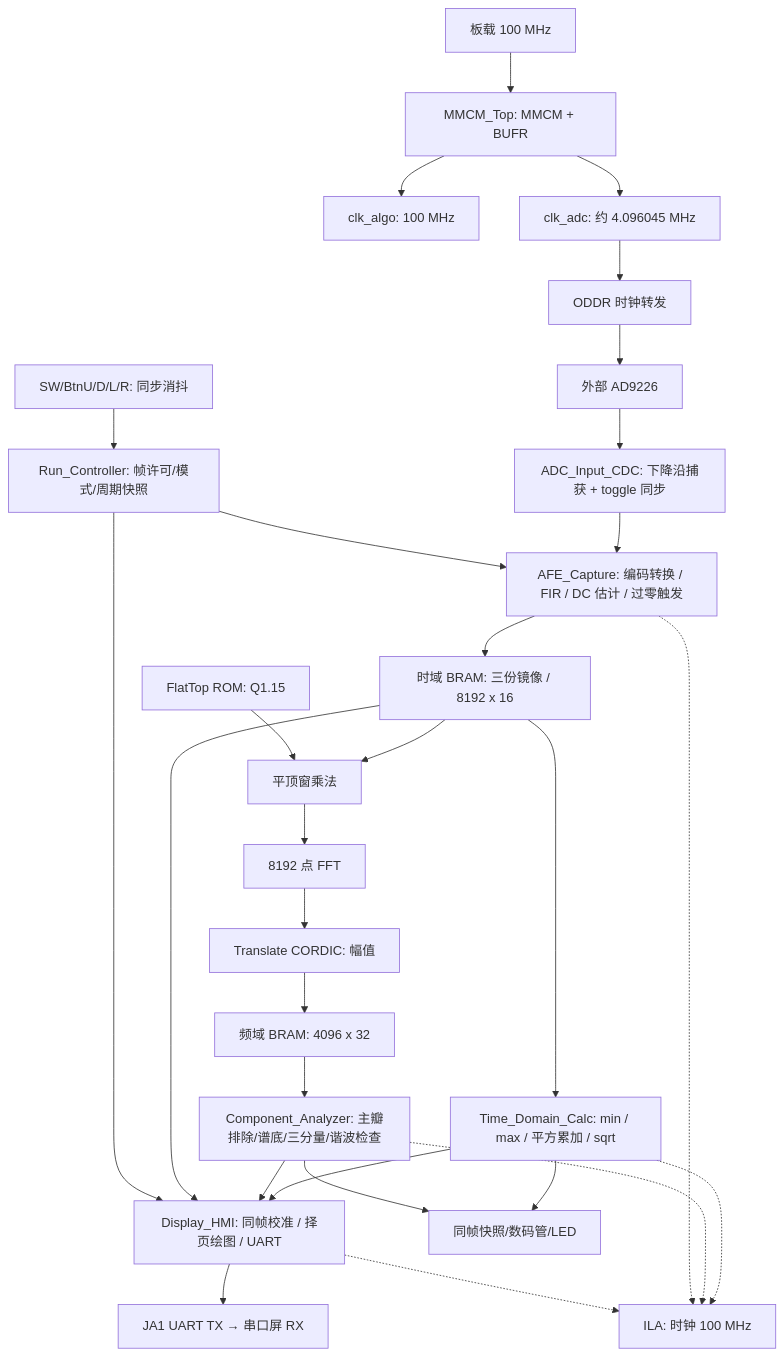
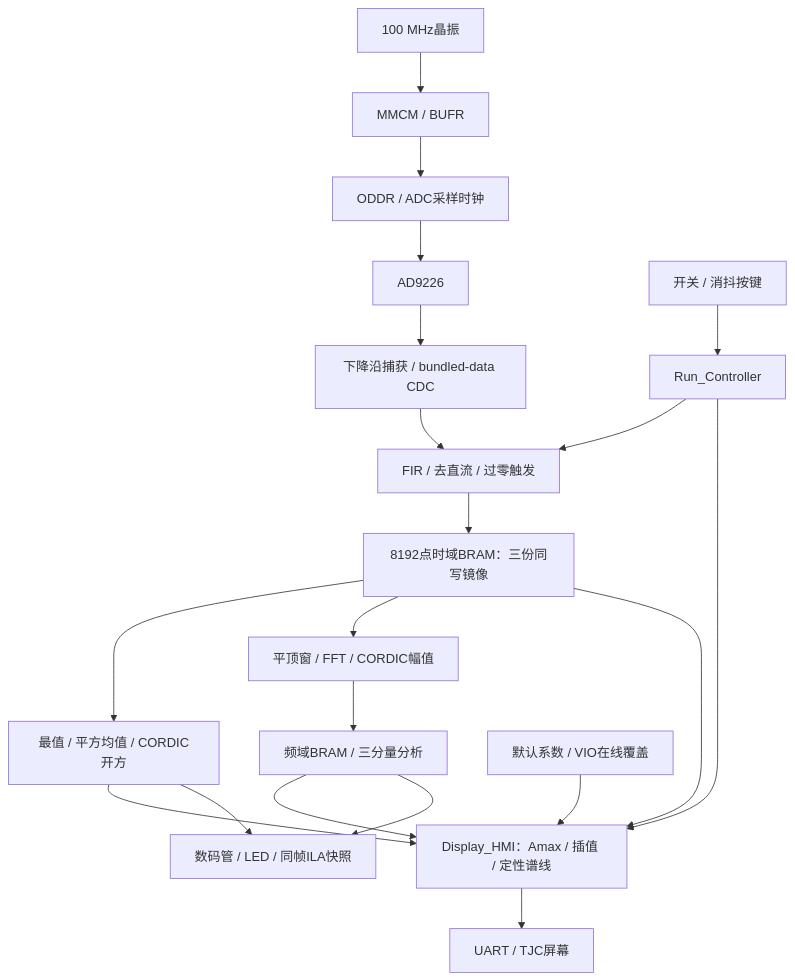
One commit to lyk82468246/NUEDC-2026-G-Artix7-Basys3 changed the diagram in README.md. Above: the diagram before and after it, drawn with Mermaid. The commit also changed other lines of this file and 5 other files, not shown here.

````diff
--- a/README.md
+++ b/README.md
@@ -90,31 +54,22 @@
 ```mermaid
 flowchart TD
-    OSC[板载 100 MHz] --> CLK[MMCM_Top: MMCM + BUFR]
-    CLK --> ALG[clk_algo: 100 MHz]
-    CLK --> ADC_CLK[clk_adc: 约 4.096045 MHz]
-    ADC_CLK --> ODDR[ODDR 时钟转发]
-    ODDR --> ADC[外部 AD9226]
-    ADC --> CDC[ADC_Input_CDC: 下降沿捕获 + toggle 同步]
-    CDC --> AFE[AFE_Capture: 编码转换 / FIR / DC 估计 / 过零触发]
-    AFE --> TIME[时域 BRAM: 三份镜像 / 8192 x 16]
-    TIME --> CALC[Time_Domain_Calc: min / max / 平方累加 / sqrt]
-    TIME --> WIN[平顶窗乘法]
-    ROM[FlatTop ROM: Q1.15] --> WIN
-    WIN --> FFT[8192 点 FFT]
-    FFT --> MAG[Translate CORDIC: 幅值]
-    MAG --> FREQ[频域 BRAM: 4096 x 32]
-    FREQ --> PEAK[Component_Analyzer: 主瓣排除/谱底/三分量/谐波检查]
-    CALC --> HMI[Display_HMI: 同帧校准 / 择页绘图 / UART]
-    PEAK --> HMI
-    TIME --> HMI
-    BTN[SW/BtnU/D/L/R: 同步消抖] --> RUN[Run_Controller: 帧许可/模式/周期快照]
+    CLOCK[100 MHz晶振] --> MMCM[MMCM / BUFR]
+    MMCM --> ADC_CLOCK[ODDR / ADC采样时钟]
+    ADC_CLOCK --> ADC[AD9226]
+    ADC --> CDC[下降沿捕获 / bundled-data CDC]
+    CDC --> AFE[FIR / 去直流 / 过零触发]
+    AFE --> RAM[8192点时域BRAM：三份同写镜像]
+    RAM --> TIME[最值 / 平方均值 / CORDIC开方]
+    RAM --> FFT[平顶窗 / FFT / CORDIC幅值]
+    FFT --> FREQ[频域BRAM / 三分量分析]
+    RAM --> DISPLAY[Display_HMI：Amax / 插值 / 定性谱线]
+    TIME --> DISPLAY
+    FREQ --> DISPLAY
+    CAL[默认系数 / VIO在线覆盖] --> DISPLAY
+    DISPLAY --> SCREEN[UART / TJC屏幕]
+    CONTROLS[开关 / 消抖按键] --> RUN[Run_Controller]
     RUN --> AFE
-    RUN --> HMI
-    CALC --> PANEL[同帧快照/数码管/LED]
-    PEAK --> PANEL
-    HMI --> SCREEN[JA1 UART TX → 串口屏 RX]
-    CALC -.-> ILA[ILA: 时钟 100 MHz]
-    PEAK -.-> ILA
-    AFE -.-> ILA
-    HMI -.-> ILA
+    RUN --> DISPLAY
+    TIME --> DEBUG[数码管 / LED / 同帧ILA快照]
+    FREQ --> DEBUG
 ```
````
